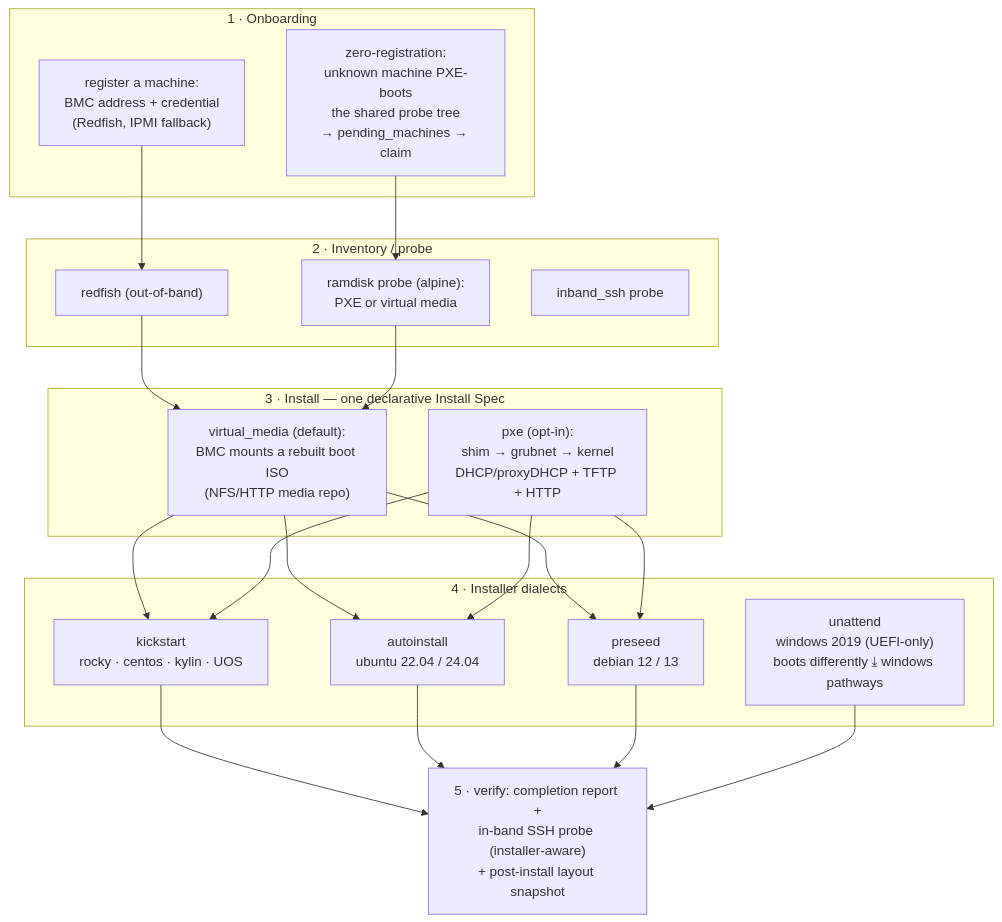
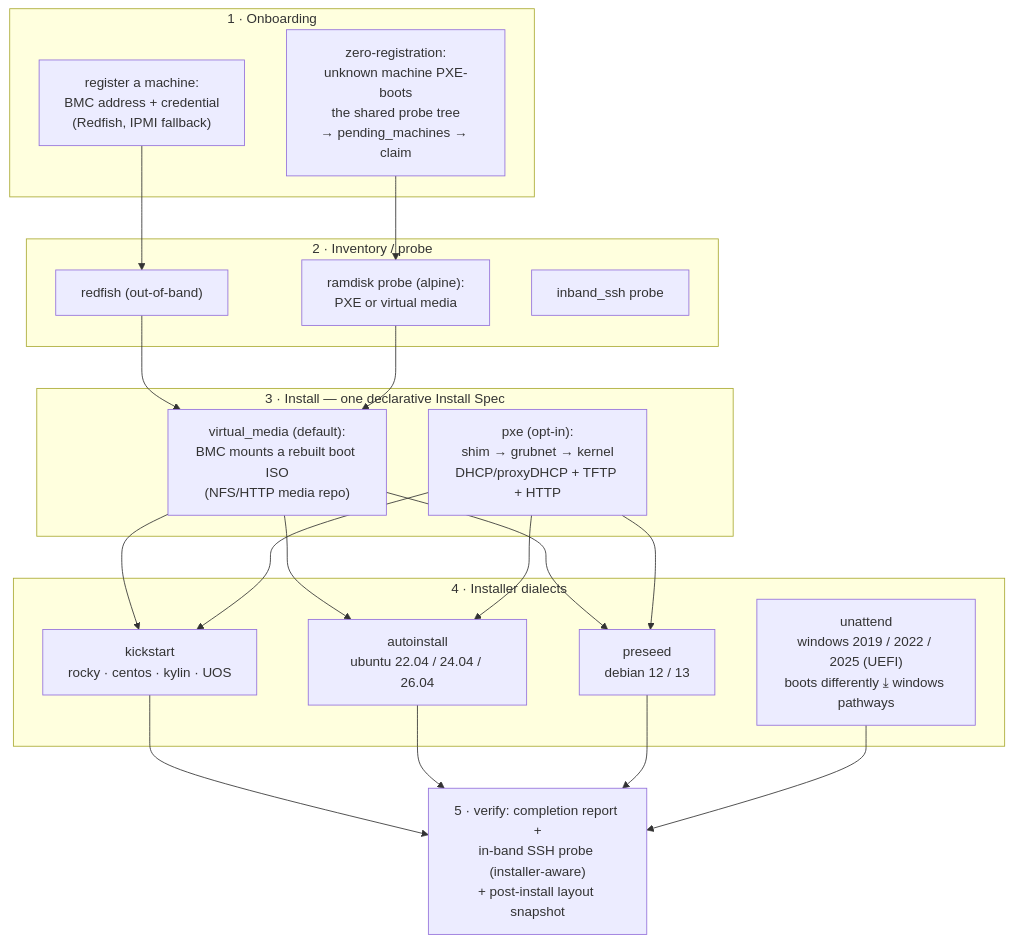
Before and after one commit to 3th1nk/mammoth: the first of 3 diagrams in README.md, drawn with Mermaid. The commit also changed other lines of this file and 1 other file, not shown here.

First line of the commit message:
docs: README + distros.md 全量同步 2026-10-29 真机验证战果——windows 2022/2025 闭环、ubuntu26 接入闭环、ubuntu22 routes 回验

````diff
--- a/README.md
+++ b/README.md
@@ -108,37 +108,37 @@
 ```mermaid
 flowchart TD
     subgraph ON["1 · Onboarding"]
         reg["register a machine:<br/>BMC address + credential<br/>(Redfish, IPMI fallback)"]
         zr["zero-registration:<br/>unknown machine PXE-boots<br/>the shared probe tree<br/>→ pending_machines → claim"]
     end
     subgraph INV["2 · Inventory / probe"]
         rf["redfish (out-of-band)"]
         ram["ramdisk probe (alpine):<br/>PXE or virtual media"]
         ish["inband_ssh probe"]
     end
     subgraph INS["3 · Install — one declarative Install Spec"]
         vm["virtual_media (default):<br/>BMC mounts a rebuilt boot ISO<br/>(NFS/HTTP media repo)"]
         pxe["pxe (opt-in):<br/>shim → grubnet → kernel<br/>DHCP/proxyDHCP + TFTP + HTTP"]
     end
     subgraph DIA["4 · Installer dialects"]
         ks["kickstart<br/>rocky · centos · kylin · UOS"]
-        ai["autoinstall<br/>ubuntu 22.04 / 24.04"]
+        ai["autoinstall<br/>ubuntu 22.04 / 24.04 / 26.04"]
         ps["preseed<br/>debian 12 / 13"]
-        wu["unattend<br/>windows 2019 (UEFI-only)<br/>boots differently ⤓ windows pathways"]
+        wu["unattend<br/>windows 2019 / 2022 / 2025 (UEFI)<br/>boots differently ⤓ windows pathways"]
     end
     ver["5 · verify: completion report +<br/>in-band SSH probe (installer-aware)<br/>+ post-install layout snapshot"]
     reg --> rf
     zr --> ram
     rf --> vm
     ram --> vm
     vm --> ks
     vm --> ai
     vm --> ps
     pxe --> ks
     pxe --> ai
     pxe --> ps
     ks --> ver
     ai --> ver
     ps --> ver
     wu --> ver
 ```
````
